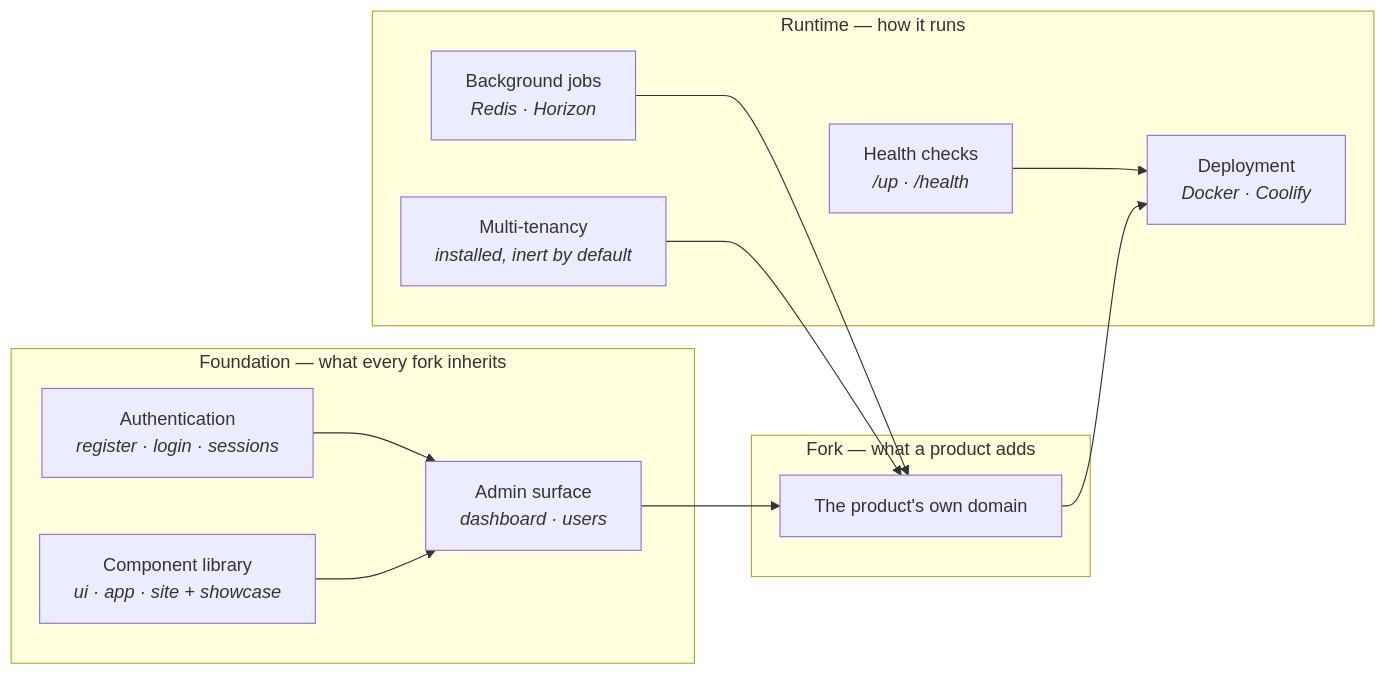
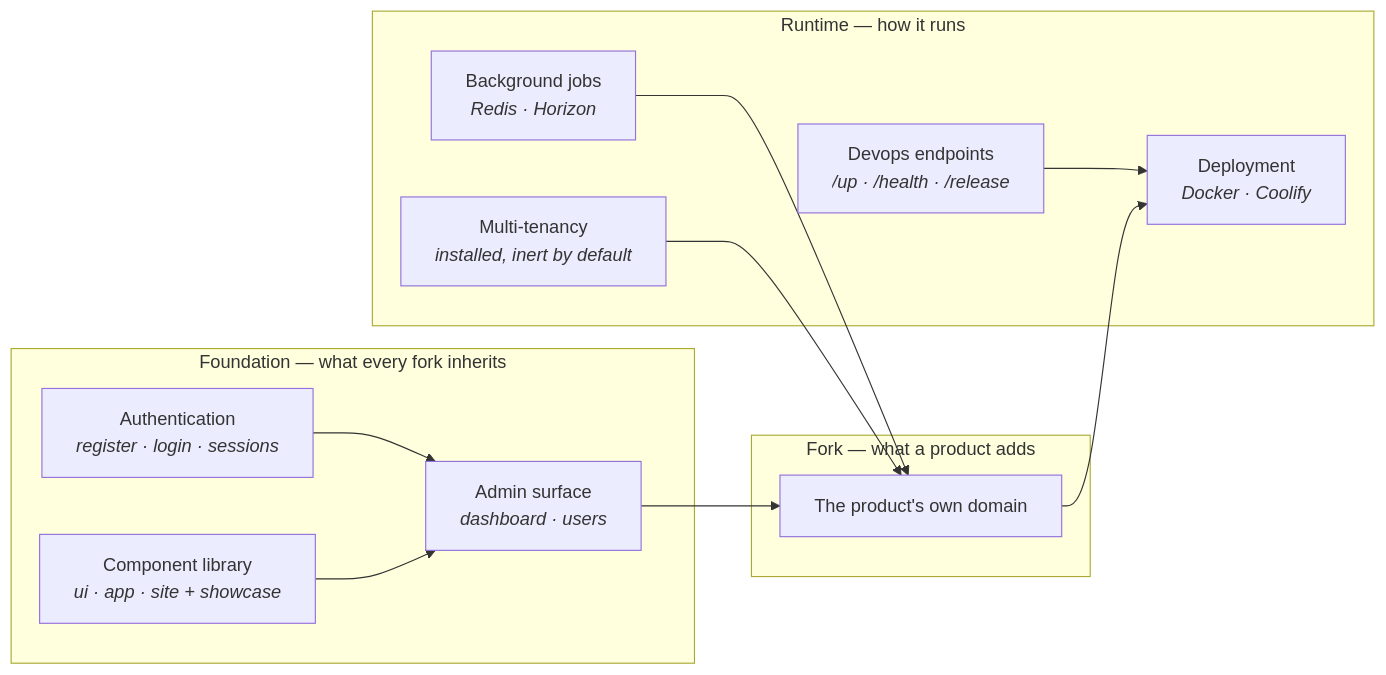
The diagram in docs/concepts/platform.md (timothymarois/template-laravel-app), drawn with Mermaid before and after one commit. The commit also changed other lines of this file and 5 other files, not shown here.

````diff
--- a/docs/concepts/platform.md
+++ b/docs/concepts/platform.md
@@ -17,25 +12,25 @@
 ```mermaid
 flowchart LR
   subgraph Foundation["Foundation — what every fork inherits"]
     auth["Authentication<br/><i>register · login · sessions</i>"]
     admin["Admin surface<br/><i>dashboard · users</i>"]
     kit["Component library<br/><i>ui · app · site + showcase</i>"]
   end
   subgraph Runtime["Runtime — how it runs"]
     jobs["Background jobs<br/><i>Redis · Horizon</i>"]
-    health["Health checks<br/><i>/up · /health</i>"]
+    health["Devops endpoints<br/><i>/up · /health · /release</i>"]
     tenancy["Multi-tenancy<br/><i>installed, inert by default</i>"]
     deploy["Deployment<br/><i>Docker · Coolify</i>"]
   end
   subgraph Fork["Fork — what a product adds"]
     product["The product's own domain"]
   end
 
   auth --> admin
   kit --> admin
   admin --> product
   jobs --> product
   health --> deploy
   tenancy --> product
   product --> deploy
 ```
````
